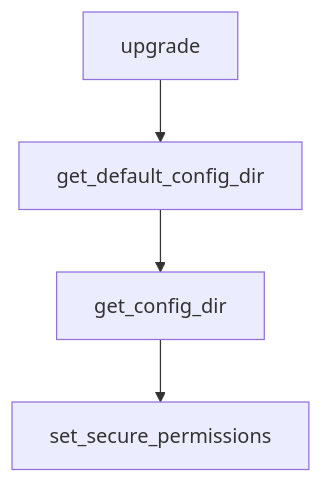
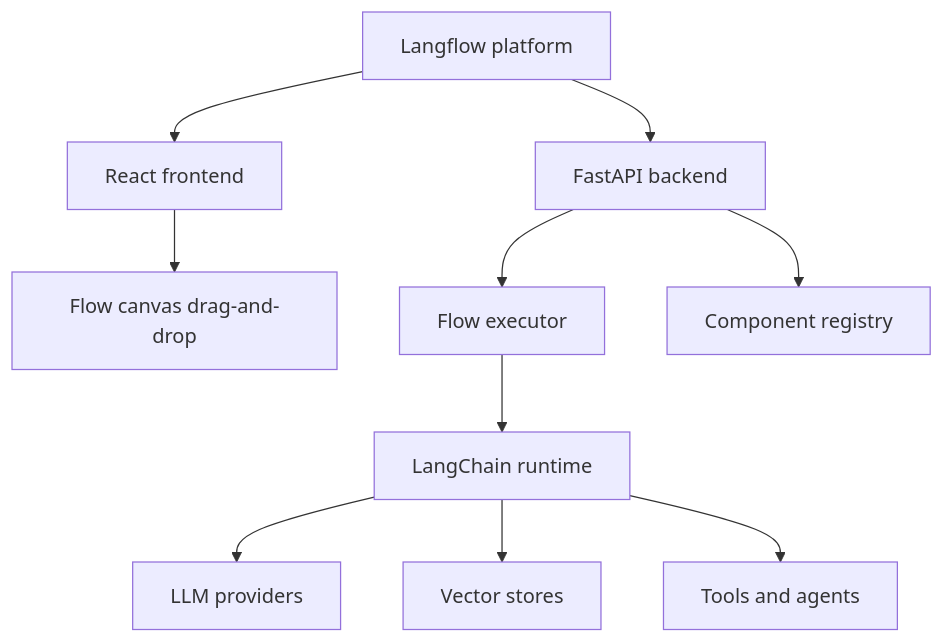
The second of 2 diagrams in tutorials/langflow-tutorial/02-platform-architecture.md (johnxie/awesome-code-docs), drawn with Mermaid before and after one commit. The commit also changed other lines of this file and 1232 other files, not shown here.

````diff
--- a/tutorials/langflow-tutorial/02-platform-architecture.md
+++ b/tutorials/langflow-tutorial/02-platform-architecture.md
@@ -217,10 +48,12 @@
 ```mermaid
 flowchart TD
-    A[upgrade]
-    B[get_default_config_dir]
-    C[get_config_dir]
-    D[set_secure_permissions]
-    A --> B
-    B --> C
-    C --> D
+    A[Langflow platform] --> B[React frontend]
+    A --> C[FastAPI backend]
+    B --> D[Flow canvas drag-and-drop]
+    C --> E[Flow executor]
+    C --> F[Component registry]
+    E --> G[LangChain runtime]
+    G --> H[LLM providers]
+    G --> I[Vector stores]
+    G --> J[Tools and agents]
 ```
````
